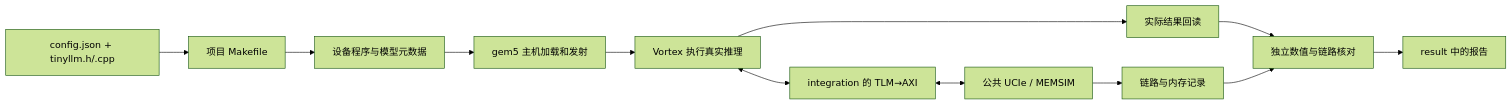
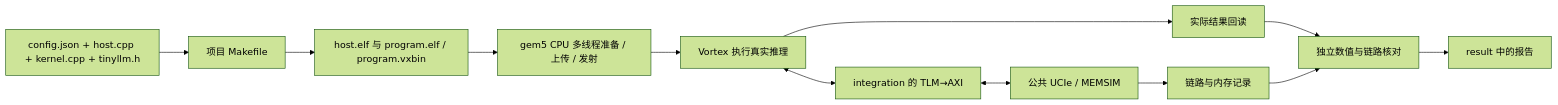
Before and after one commit to hy2581/vortex_StorageStacked: the second of 2 diagrams in docs/03-LLM简要说明.md, drawn with Mermaid (forest theme). The commit also changed other lines of this file and 84 other files, not shown here.

First line of the commit message:
Expose CPU and GPU programs and verify gem5 multicore execution

````diff
--- a/docs/03-LLM简要说明.md
+++ b/docs/03-LLM简要说明.md
@@ -91,14 +93,14 @@
 ```mermaid
 flowchart LR
-    A[config.json + tinyllm.h/.cpp] --> B[项目 Makefile]
-    B --> C[设备程序与模型元数据]
-    C --> D[gem5 主机加载和发射]
+    A[config.json + host.cpp + kernel.cpp + tinyllm.h] --> B[项目 Makefile]
+    B --> C[host.elf 与 program.elf / program.vxbin]
+    C --> D[gem5 CPU 多线程准备 / 上传 / 发射]
     D --> E[Vortex 执行真实推理]
     E <--> F[integration 的 TLM→AXI]
     F <--> G[公共 UCIe / MEMSIM]
     E --> H[实际结果回读]
     G --> I[链路与内存记录]
     H --> J[独立数值与链路核对]
     I --> J
     J --> K[result 中的报告]
 ```
````
